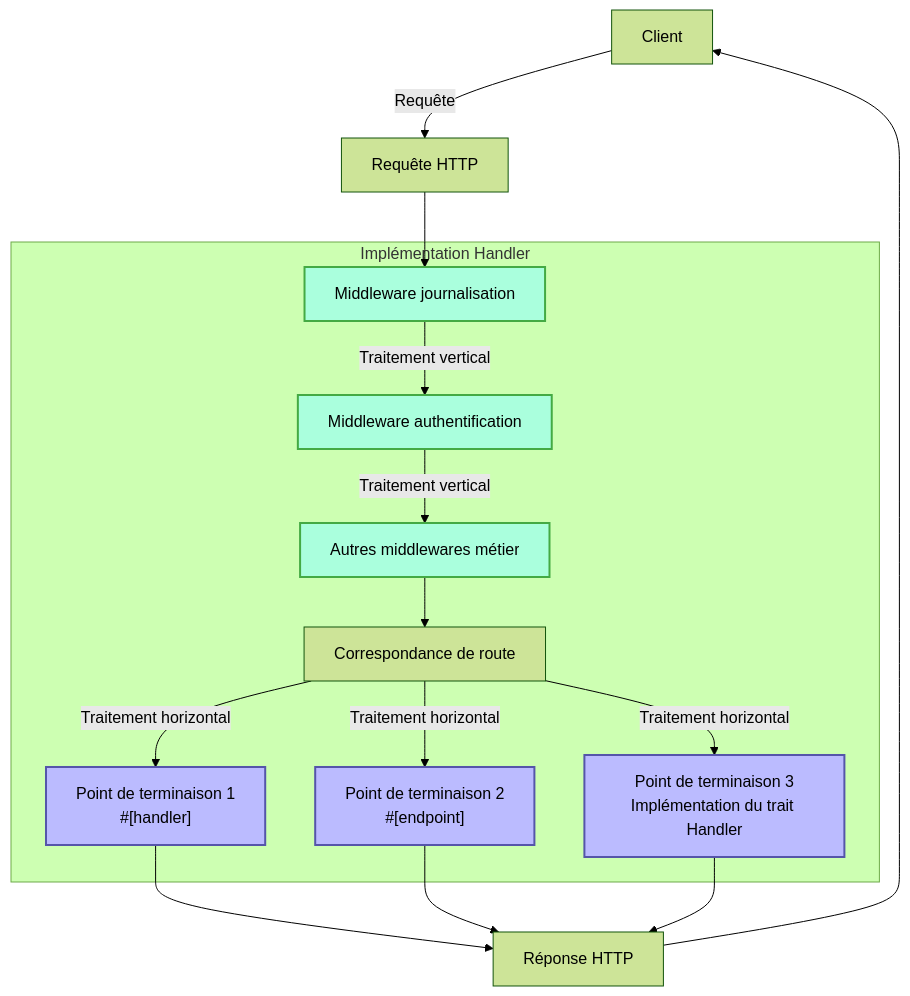
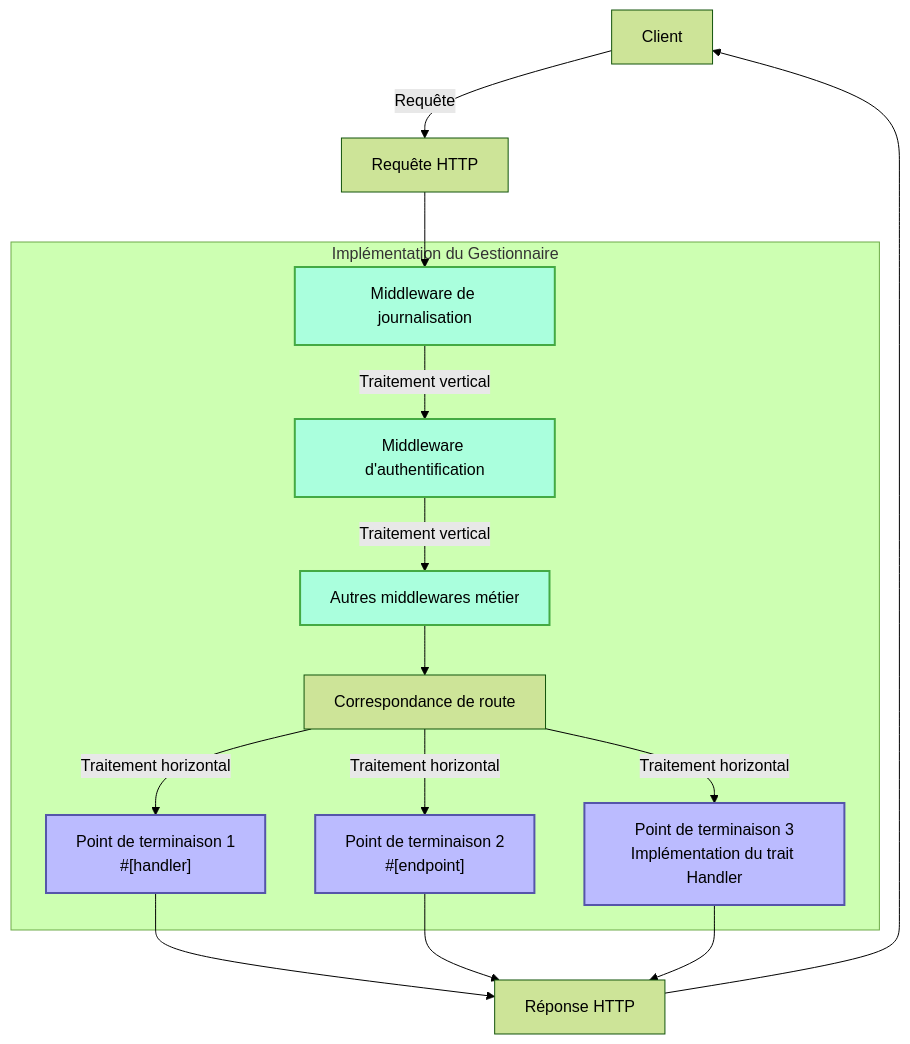
The first of 2 diagrams in docs/fr/guide/concepts/handler.mdx (salvo-rs/website), drawn with Mermaid (forest theme) before and after one commit. The commit also changed other lines of this file and 1062 other files, not shown here.

````diff
--- a/docs/fr/guide/concepts/handler.mdx
+++ b/docs/fr/guide/concepts/handler.mdx
@@ -15,25 +15,25 @@
 ```mermaid
 flowchart TD
     Client[Client] -->|Requête| Request[Requête HTTP]
     Request --> M1
 
-    subgraph "Implémentation Handler"
-        M1[Middleware journalisation] -->|Traitement vertical| M2[Middleware authentification] -->|Traitement vertical| M3[Autres middlewares métier]
+    subgraph "Implémentation du Gestionnaire"
+        M1[Middleware de journalisation] -->|Traitement vertical| M2[Middleware d'authentification] -->|Traitement vertical| M3[Autres middlewares métier]
         M3 --> Router[Correspondance de route]
 
         Router -->|Traitement horizontal| E1["Point de terminaison 1<br>#[handler]"]
         Router -->|Traitement horizontal| E2["Point de terminaison 2<br>#[endpoint]"]
         Router -->|Traitement horizontal| E3["Point de terminaison 3<br>Implémentation du trait Handler"]
     end
 
     E1 --> Response[Réponse HTTP]
     E2 --> Response
     E3 --> Response
     Response --> Client
 
     classDef middleware fill:#afd,stroke:#4a4,stroke-width:2px;
     classDef endpoint fill:#bbf,stroke:#55a,stroke-width:2px;
 
     class M1,M2,M3 middleware;
     class E1,E2,E3 endpoint;
 ```
````
